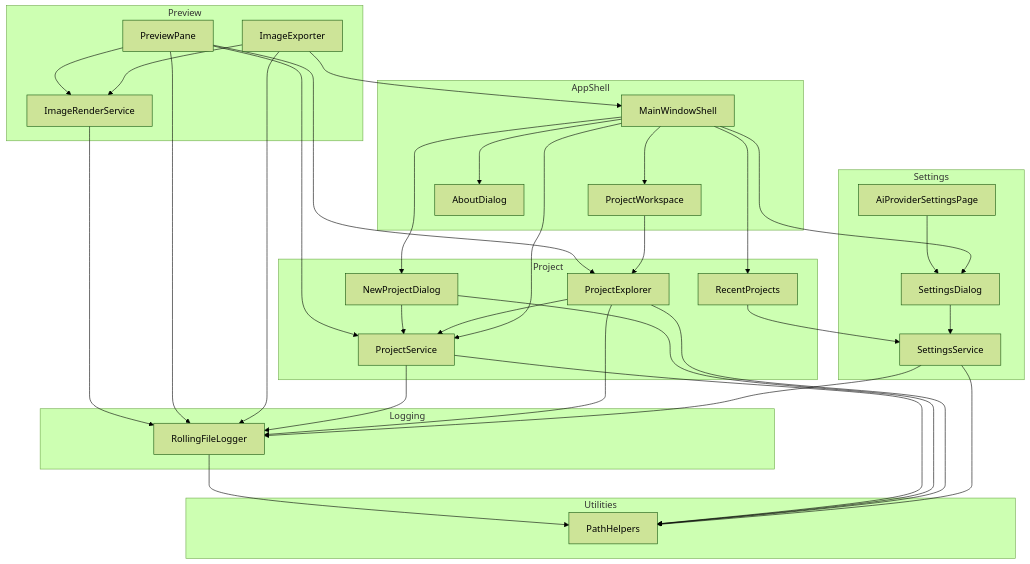
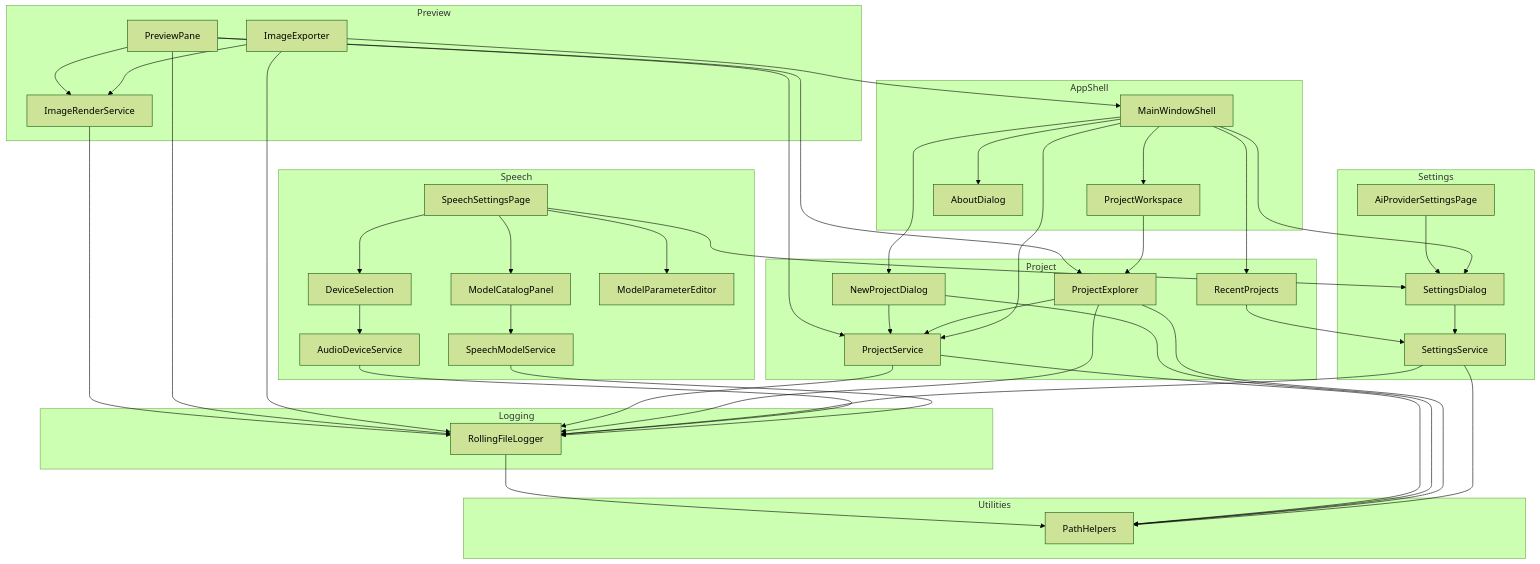
The diagram in docs/design/canvas-pilot.md (demaconsulting/CanvasPilot), drawn with Mermaid (forest theme) before and after one commit. The commit also changed other lines of this file and 81 other files, not shown here.

````diff
--- a/docs/design/canvas-pilot.md
+++ b/docs/design/canvas-pilot.md
@@ -11,58 +11,74 @@
 ```mermaid
 flowchart TD
     subgraph AppShell
         MainWindowShell
         ProjectWorkspace
         AboutDialog
     end
     subgraph Logging
         RollingFileLogger
     end
     subgraph Preview
         ImageRenderService
         PreviewPane
         ImageExporter
     end
     subgraph Project
         ProjectService
         RecentProjects
         NewProjectDialog
         ProjectExplorer
     end
     subgraph Settings
         SettingsService
         SettingsDialog
         AiProviderSettingsPage
     end
+    subgraph Speech
+        AudioDeviceService
+        SpeechModelService
+        DeviceSelection
+        ModelCatalogPanel
+        ModelParameterEditor
+        SpeechSettingsPage
+    end
     subgraph Utilities
         PathHelpers
     end
     RollingFileLogger --> PathHelpers
     ImageRenderService --> RollingFileLogger
     PreviewPane --> ImageRenderService
     PreviewPane --> ProjectExplorer
     PreviewPane --> ProjectService
     PreviewPane --> RollingFileLogger
     ImageExporter --> ImageRenderService
     ImageExporter --> MainWindowShell
     ImageExporter --> RollingFileLogger
     ProjectService --> PathHelpers
     ProjectService --> RollingFileLogger
     RecentProjects --> SettingsService
     NewProjectDialog --> ProjectService
     NewProjectDialog --> PathHelpers
     ProjectExplorer --> ProjectService
     ProjectExplorer --> PathHelpers
     ProjectExplorer --> RollingFileLogger
     SettingsService --> PathHelpers
     SettingsService --> RollingFileLogger
     SettingsDialog --> SettingsService
     AiProviderSettingsPage --> SettingsDialog
+    AudioDeviceService --> RollingFileLogger
+    SpeechModelService --> RollingFileLogger
+    DeviceSelection --> AudioDeviceService
+    ModelCatalogPanel --> SpeechModelService
+    SpeechSettingsPage --> SettingsDialog
+    SpeechSettingsPage --> DeviceSelection
+    SpeechSettingsPage --> ModelCatalogPanel
+    SpeechSettingsPage --> ModelParameterEditor
     MainWindowShell --> ProjectService
     MainWindowShell --> RecentProjects
     MainWindowShell --> NewProjectDialog
     MainWindowShell --> SettingsDialog
     MainWindowShell --> ProjectWorkspace
     MainWindowShell --> AboutDialog
     ProjectWorkspace --> ProjectExplorer
 ```
````
